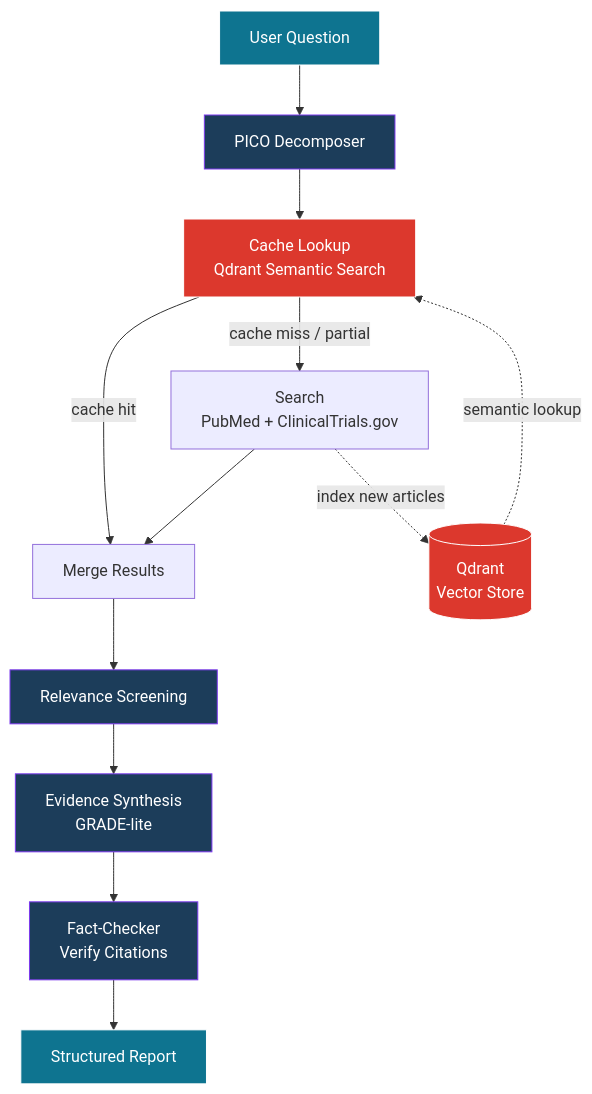
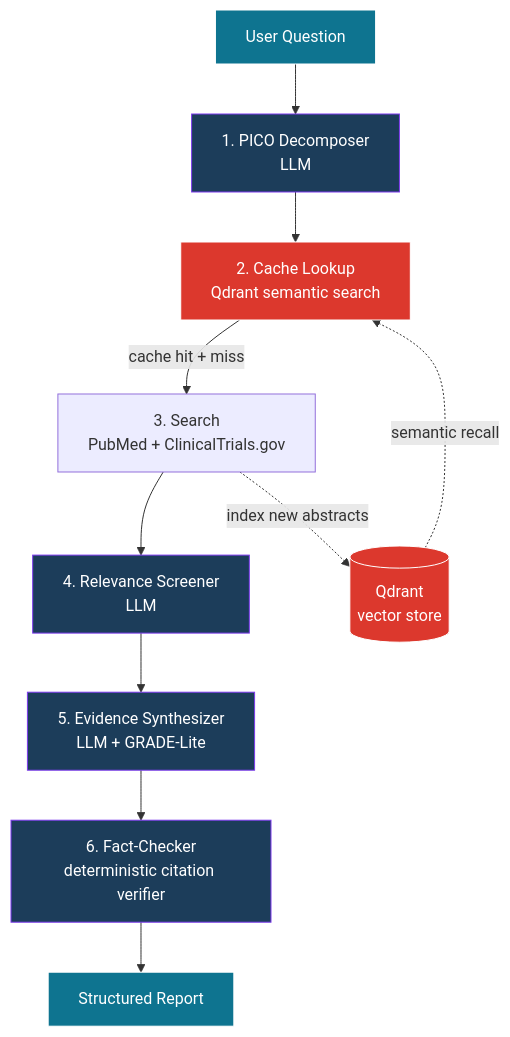
One commit to unnit/clinical-research-agent changed the diagram in README.md. Above: the diagram before and after it, drawn with Mermaid. The commit also changed other lines of this file, not shown here.

Commit message:
docs: comprehensive README with architecture, decisions, and deployment notes

````diff
--- a/README.md
+++ b/README.md
@@ -25,22 +53,20 @@
 ```mermaid
 flowchart TD
-    Q[User Question] --> P[PICO Decomposer]
-    P --> C[Cache Lookup<br/>Qdrant Semantic Search]
-    C -->|cache miss / partial| S[Search<br/>PubMed + ClinicalTrials.gov]
-    C -->|cache hit| M[Merge Results]
-    S --> M
-    M --> R[Relevance Screening]
-    R --> Y[Evidence Synthesis<br/>GRADE-lite]
-    Y --> F[Fact-Checker<br/>Verify Citations]
+    Q[User Question] --> P[1. PICO Decomposer<br/>LLM]
+    P --> C[2. Cache Lookup<br/>Qdrant semantic search]
+    C -->|cache hit + miss| S[3. Search<br/>PubMed + ClinicalTrials.gov]
+    S --> R[4. Relevance Screener<br/>LLM]
+    R --> Y[5. Evidence Synthesizer<br/>LLM + GRADE-Lite]
+    Y --> F[6. Fact-Checker<br/>deterministic citation verifier]
     F --> O[Structured Report]
 
-    S -.->|index new articles| V[(Qdrant<br/>Vector Store)]
-    V -.->|semantic lookup| C
+    S -.->|index new abstracts| V[(Qdrant<br/>vector store)]
+    V -.->|semantic recall| C
 
     classDef agent fill:#1c3d5a,stroke:#7c3aed,color:#fff
     classDef data fill:#dc382d,stroke:#fff,color:#fff
     classDef io fill:#0e7490,stroke:#fff,color:#fff
     class P,R,Y,F agent
     class V,C data
     class Q,O io
 ```
````
